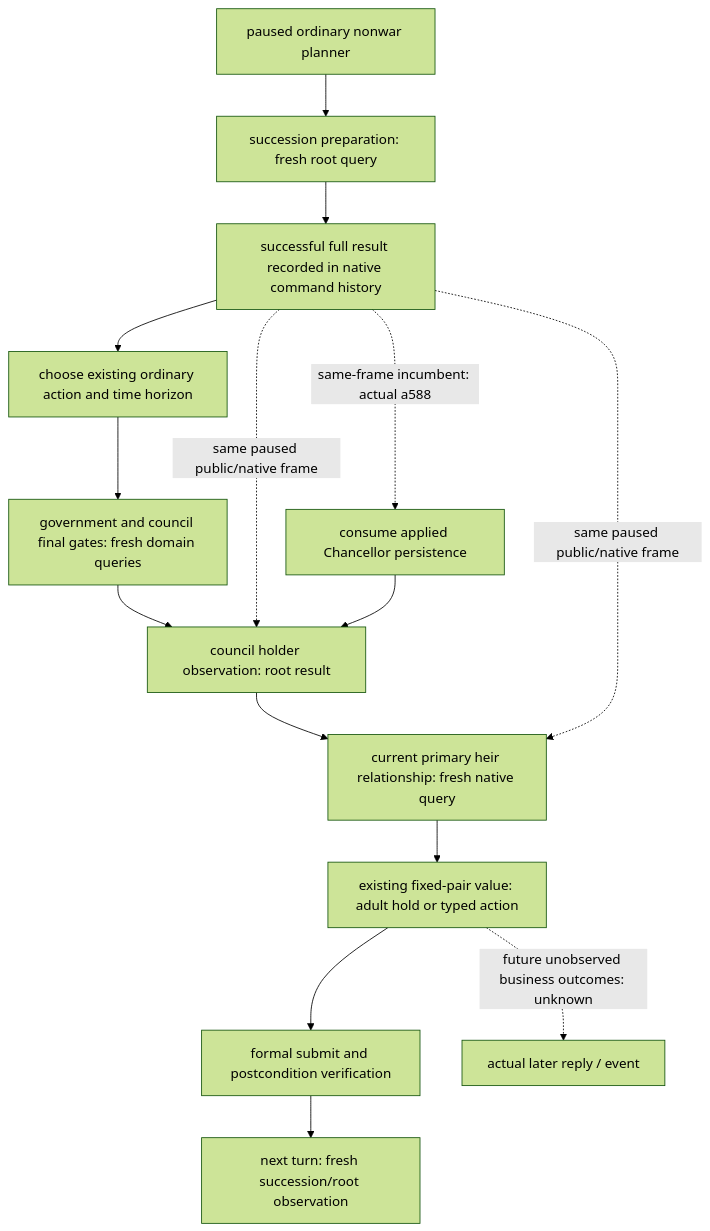
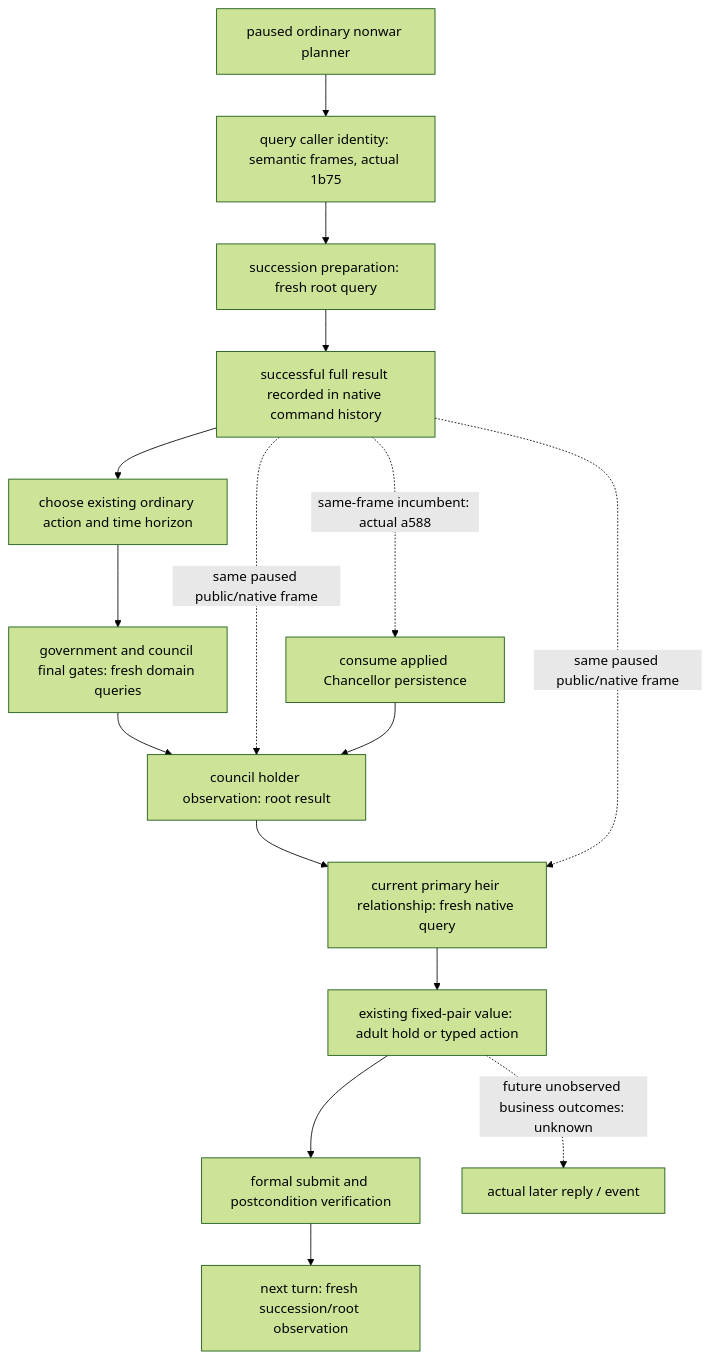
One commit to XenoAmess/ck3_eternal_recurrence changed the diagram in docs/ck3-native-ai/robert-nonwar-planning-root-reuse.md. Above: the diagram before and after it, drawn with Mermaid (forest theme). The commit also changed other lines of this file and 8 other files, not shown here.

````diff
--- a/docs/ck3-native-ai/robert-nonwar-planning-root-reuse.md
+++ b/docs/ck3-native-ai/robert-nonwar-planning-root-reuse.md
@@ -19,17 +19,18 @@
 ```mermaid
 flowchart TD
-  A[paused ordinary nonwar planner] --> B[succession preparation: fresh root query]
+  A[paused ordinary nonwar planner] --> R[query caller identity: semantic frames, actual 1b75]
+  R --> B[succession preparation: fresh root query]
   B --> C[successful full result recorded in native command history]
   C --> D[choose existing ordinary action and time horizon]
   D --> E[government and council final gates: fresh domain queries]
   E --> F[council holder observation: root result]
   F --> G[current primary heir relationship: fresh native query]
   G --> H[existing fixed-pair value: adult hold or typed action]
   H --> I[formal submit and postcondition verification]
   I --> J[next turn: fresh succession/root observation]
   C -. same paused public/native frame .-> F
   C -. same paused public/native frame .-> G
   C -. same-frame incumbent: actual a588 .-> K[consume applied Chancellor persistence]
   K --> F
   H -. future unobserved business outcomes: unknown .-> U[actual later reply / event]
 ```
````
